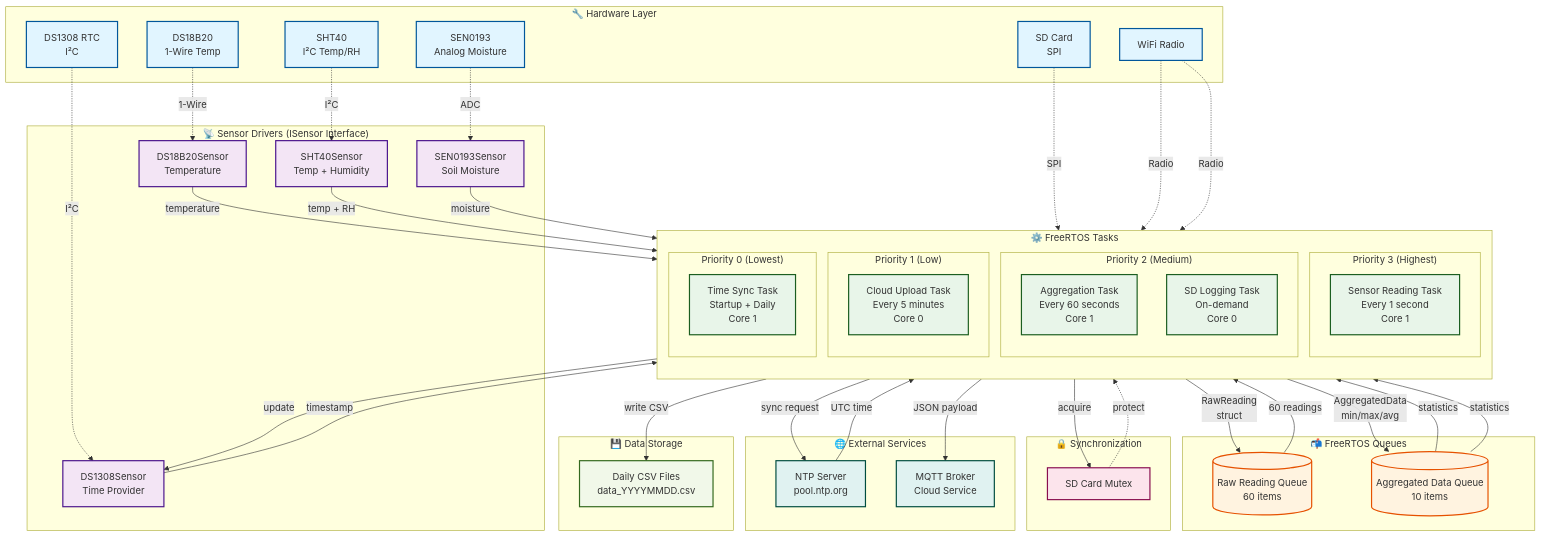
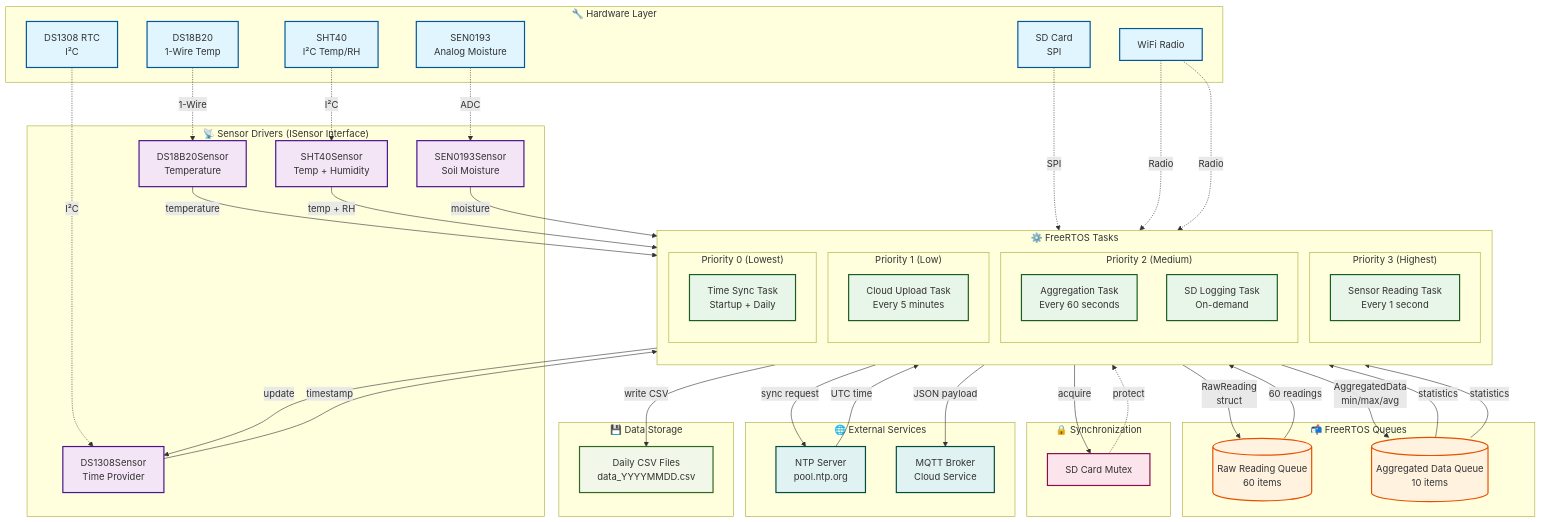
The diagram in README.md (hamk-uas/esp32c3-arduino-sensor-iot-skeleton), drawn with Mermaid before and after one commit. The commit also changed 1 other file, not shown here.

Commit message:
Single-core

```diff
--- a/README.md
+++ b/README.md
@@ -24,20 +24,20 @@
         direction TB
         
         subgraph Priority3["Priority 3 (Highest)"]
-            STASK[Sensor Reading Task<br/>Every 1 second<br/>Core 1]
+            STASK[Sensor Reading Task<br/>Every 1 second<br/>]
         end
         
         subgraph Priority2["Priority 2 (Medium)"]
-            ATASK[Aggregation Task<br/>Every 60 seconds<br/>Core 1]
-            LTASK[SD Logging Task<br/>On-demand<br/>Core 0]
+            ATASK[Aggregation Task<br/>Every 60 seconds<br/>]
+            LTASK[SD Logging Task<br/>On-demand<br/>]
         end
         
         subgraph Priority1["Priority 1 (Low)"]
-            CTASK[Cloud Upload Task<br/>Every 5 minutes<br/>Core 0]
+            CTASK[Cloud Upload Task<br/>Every 5 minutes<br/>]
         end
         
         subgraph Priority0["Priority 0 (Lowest)"]
-            TTASK[Time Sync Task<br/>Startup + Daily<br/>Core 1]
+            TTASK[Time Sync Task<br/>Startup + Daily<br/>]
         end
     end
 
```
